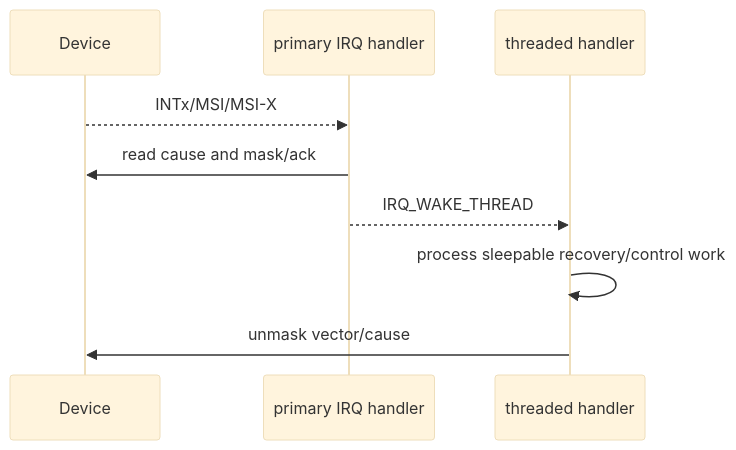
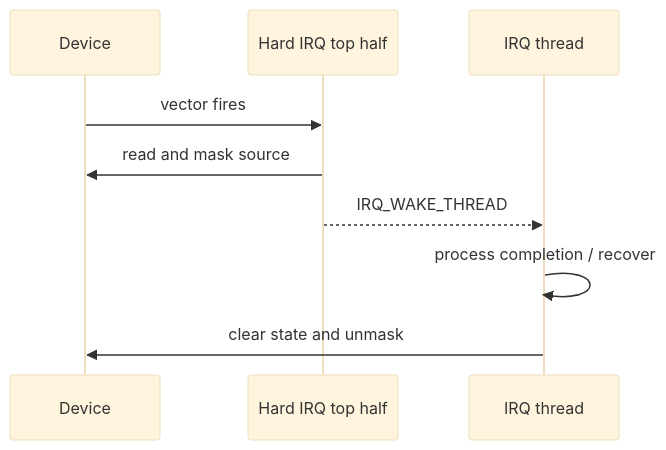
Before and after one commit to cdragon-ljl/EEandEdgeAI: the third of 4 diagrams in docs/articles/pcie/pci-07-intx-msi-msix-threaded-irq.md, drawn with Mermaid (base theme). The commit also changed other lines of this file and 4 other files, not shown here.

````diff
--- a/docs/articles/pcie/pci-07-intx-msi-msix-threaded-irq.md
+++ b/docs/articles/pcie/pci-07-intx-msi-msix-threaded-irq.md
@@ -203,11 +143,11 @@
 ```mermaid
 sequenceDiagram
     participant DEV as Device
-    participant TOP as primary IRQ handler
-    participant TH as threaded handler
-    DEV-->>TOP: INTx/MSI/MSI-X
-    TOP->>DEV: read cause and mask/ack
+    participant TOP as Hard IRQ top half
+    participant TH as IRQ thread
+    DEV->>TOP: vector fires
+    TOP->>DEV: read and mask source
     TOP-->>TH: IRQ_WAKE_THREAD
-    TH->>TH: process sleepable recovery/control work
-    TH->>DEV: unmask vector/cause
+    TH->>TH: process completion / recover
+    TH->>DEV: clear state and unmask
 ```
````
